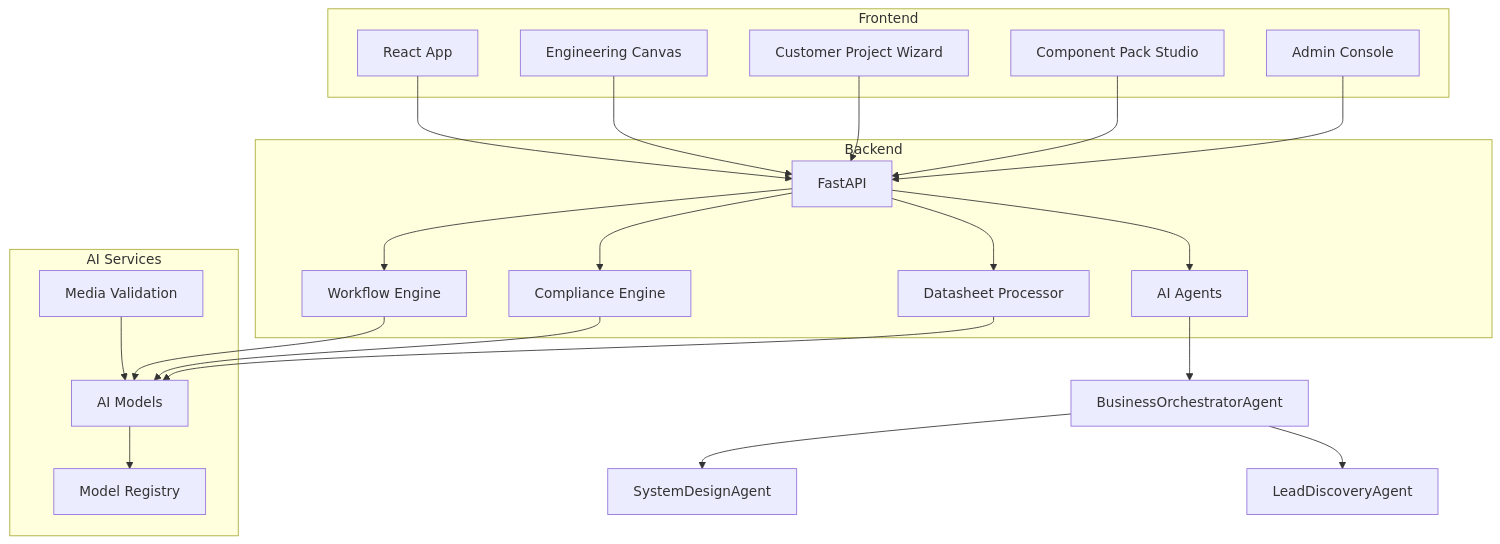
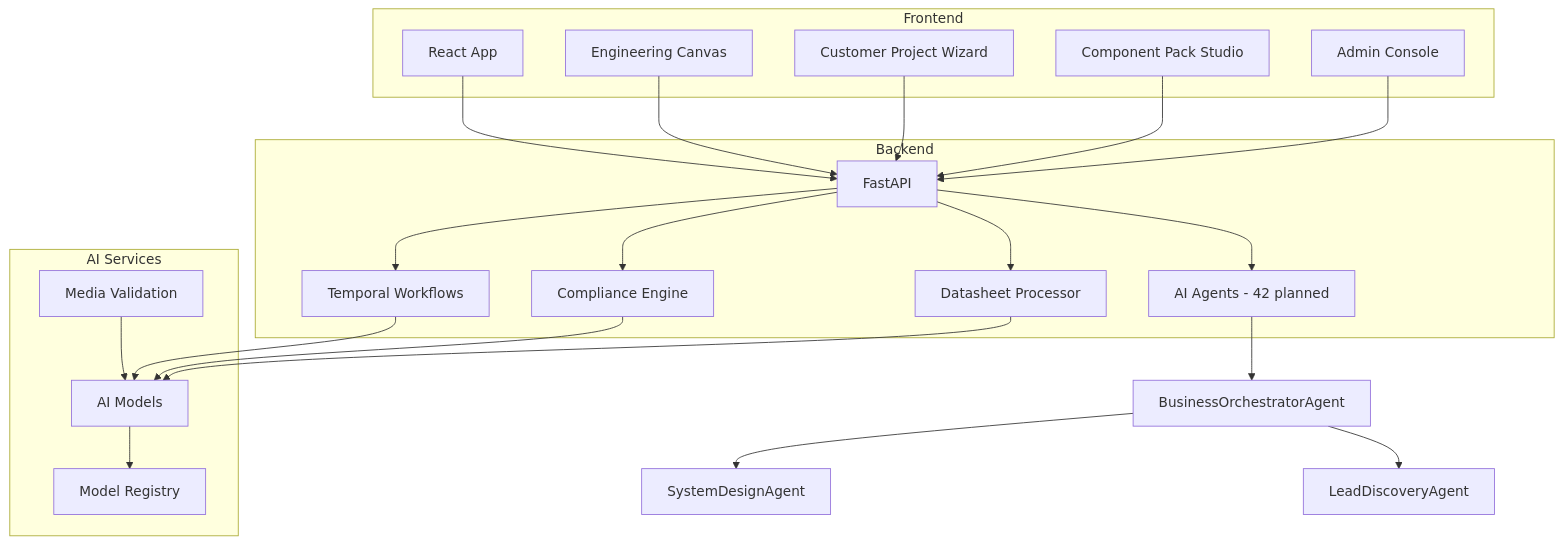
One commit to MJcoder-ai/OriginFlow changed the second of 2 diagrams in README.md. Above: the diagram before and after it, drawn with Mermaid. The commit also changed other lines of this file, not shown here.

````diff
--- a/README.md
+++ b/README.md
@@ -474,39 +582,39 @@
 ```mermaid
 graph TD
     subgraph Frontend
         A[React App]
         B[Engineering Canvas]
         C[Customer Project Wizard]
         D[Component Pack Studio]
         E[Admin Console]
     end
     subgraph Backend
         F[FastAPI]
-        G[Workflow Engine]
+        G[Temporal Workflows]
         H[Compliance Engine]
         I[Datasheet Processor]
-        Agents[AI Agents]
+        Agents[AI Agents - 42 planned]
     end
     subgraph AI Services
         J[AI Models]
         K[Media Validation]
         L[Model Registry]
     end
     A --> F
     B --> F
     C --> F
     D --> F
     E --> F
     F --> G
     F --> H
     F --> I
     F --> Agents
     Agents --> Orchestrator[BusinessOrchestratorAgent]
     Orchestrator --> SystemDesign[SystemDesignAgent]
     Orchestrator --> LeadGen[LeadDiscoveryAgent]
     G --> J
     H --> J
     I --> J
     J --> L
     K --> J
 ```
````
